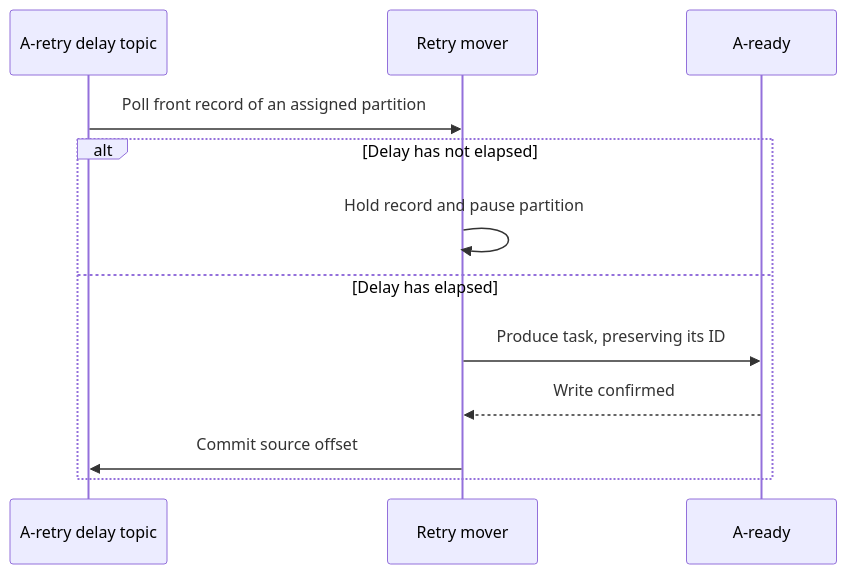
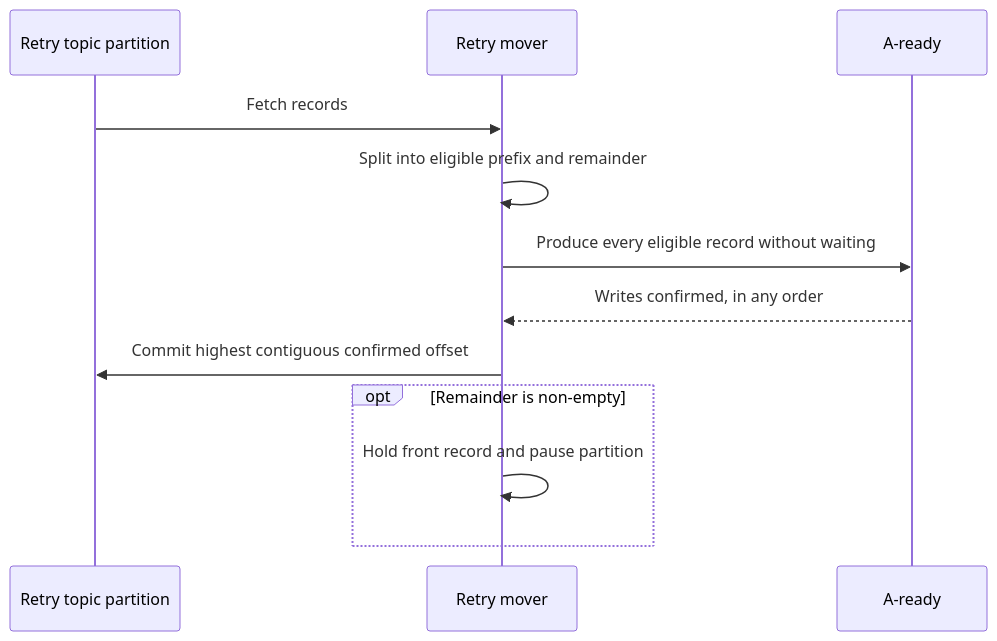
Before and after one commit to raydatray/kq: the second of 2 diagrams in docs/architecture/retry-mover.md, drawn with Mermaid. The commit also changed other lines of this file and 3 other files, not shown here.

Commit message:
[1/n][docs][retry] document updated retry topic design

````diff
--- a/docs/architecture/retry-mover.md
+++ b/docs/architecture/retry-mover.md
@@ -23,15 +167,15 @@
 ```mermaid
 sequenceDiagram
-    participant Retry as A-retry delay topic
+    participant Retry as Retry topic partition
     participant Mover as Retry mover
     participant Ready as A-ready
 
-    Retry->>Mover: Poll front record of an assigned partition
-    alt Delay has not elapsed
-        Mover->>Mover: Hold record and pause partition
-    else Delay has elapsed
-        Mover->>Ready: Produce task, preserving its ID
-        Ready-->>Mover: Write confirmed
-        Mover->>Retry: Commit source offset
+    Retry->>Mover: Fetch records
+    Mover->>Mover: Split into eligible prefix and remainder
+    Mover->>Ready: Produce every eligible record without waiting
+    Ready-->>Mover: Writes confirmed, in any order
+    Mover->>Retry: Commit highest contiguous confirmed offset
+    opt Remainder is non-empty
+        Mover->>Mover: Hold front record and pause partition
     end
 ```
````
